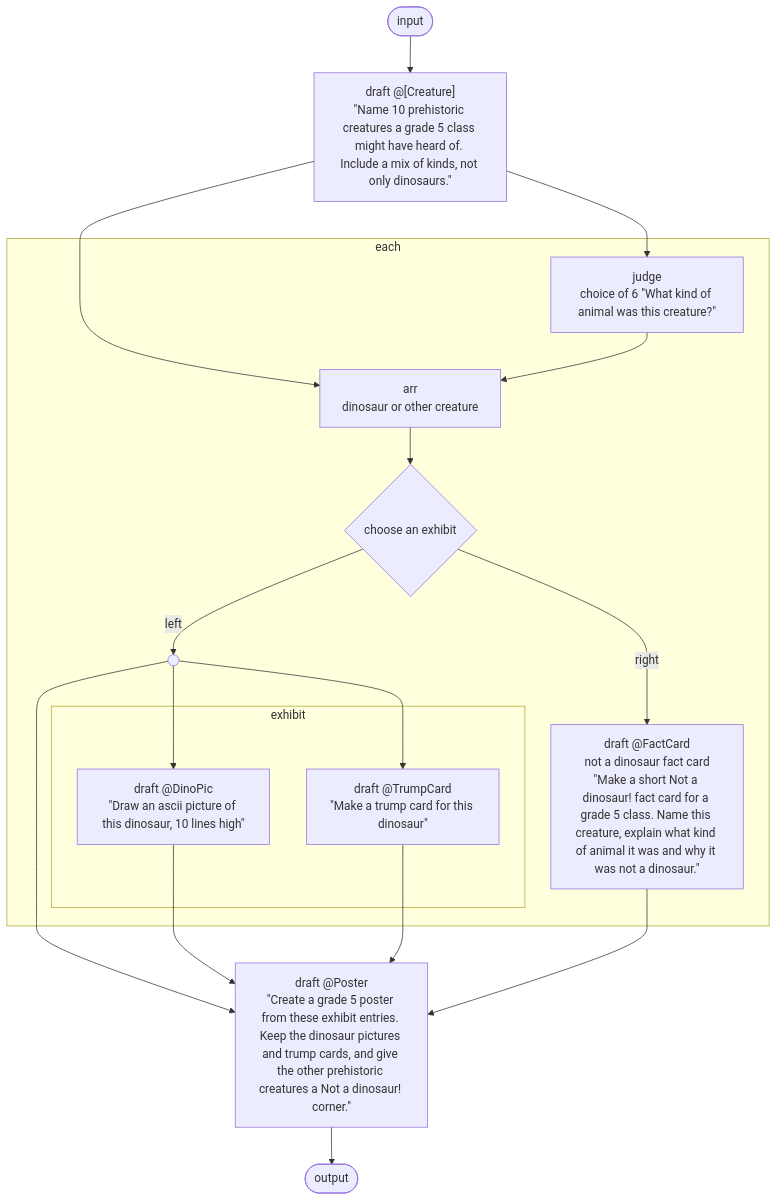
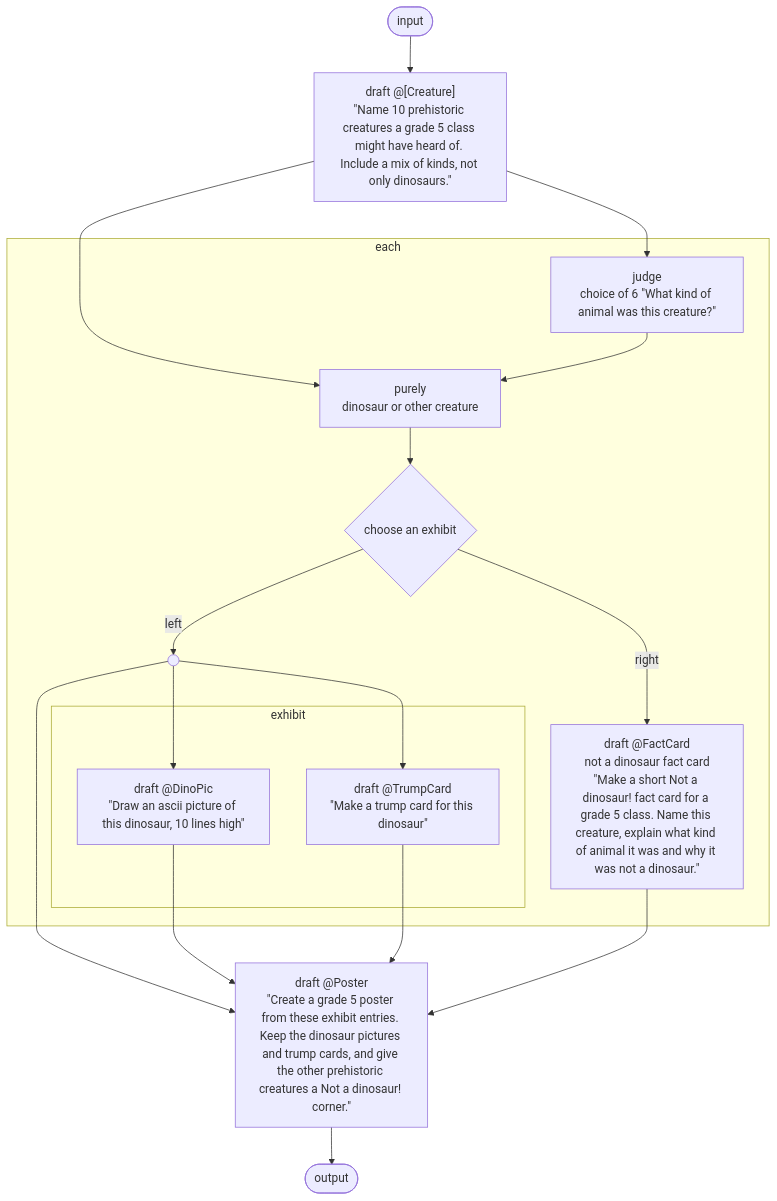
One commit to drshade/haskell-agentic changed the diagram in examples/diagrams/dino.mmd. Above: the diagram before and after it, drawn with Mermaid. The commit also changed 49 other files, not shown here.

Commit message:
Generalise repeat predicates to flows and document the calculus

```diff
--- a/examples/diagrams/dino.mmd
+++ b/examples/diagrams/dino.mmd
@@ -1,30 +1,30 @@
 flowchart TD
   input(["input"])
   n_flow_seq_0_0["draft @[Creature]<br/>#quot;Name 10 prehistoric creatures a grade 5 class might have heard of. Include a mix of kinds, not only dinosaurs.#quot;"]
   subgraph n_flow_seq_1_seq_0_0["each"]
     n_flow_seq_1_seq_0_each_seq_0_fan_1_0["judge<br/>choice of 6 #quot;What kind of animal was this creature?#quot;"]
-    n_flow_seq_1_seq_0_each_seq_1_seq_0_note_0["arr<br/>dinosaur or other creature"]
+    n_flow_seq_1_seq_0_each_seq_1_seq_0_note_0["purely<br/>dinosaur or other creature"]
     n_flow_seq_1_seq_0_each_seq_1_seq_1_note_0{"choose an exhibit"}
     entry_flow_seq_1_seq_0_each_seq_1_seq_1_note_select_0((" "))
     subgraph n_flow_seq_1_seq_0_each_seq_1_seq_1_note_choose_0_seq_0_seq_0_0["exhibit"]
       n_flow_seq_1_seq_0_each_seq_1_seq_1_note_choose_0_seq_0_seq_0_note_fan_1_fan_0_0["draft @DinoPic<br/>#quot;Draw an ascii picture of this dinosaur, 10 lines high#quot;"]
       n_flow_seq_1_seq_0_each_seq_1_seq_1_note_choose_0_seq_0_seq_0_note_fan_1_fan_1_0["draft @TrumpCard<br/>#quot;Make a trump card for this dinosaur#quot;"]
     end
     n_flow_seq_1_seq_0_each_seq_1_seq_1_note_choose_1_seq_0_note_0["draft @FactCard<br/>not a dinosaur fact card<br/>#quot;Make a short Not a dinosaur! fact card for a grade 5 class. Name this creature, explain what kind of animal it was and why it was not a dinosaur.#quot;"]
   end
   n_flow_seq_1_seq_1_seq_1_0["draft @Poster<br/>#quot;Create a grade 5 poster from these exhibit entries. Keep the dinosaur pictures and trump cards, and give the other prehistoric creatures a Not a dinosaur! corner.#quot;"]
   output(["output"])
   input --> n_flow_seq_0_0
   n_flow_seq_0_0 --> n_flow_seq_1_seq_0_each_seq_0_fan_1_0
   n_flow_seq_0_0 --> n_flow_seq_1_seq_0_each_seq_1_seq_0_note_0
   n_flow_seq_1_seq_0_each_seq_0_fan_1_0 --> n_flow_seq_1_seq_0_each_seq_1_seq_0_note_0
   n_flow_seq_1_seq_0_each_seq_1_seq_0_note_0 --> n_flow_seq_1_seq_0_each_seq_1_seq_1_note_0
   n_flow_seq_1_seq_0_each_seq_1_seq_1_note_0 -->|left| entry_flow_seq_1_seq_0_each_seq_1_seq_1_note_select_0
   entry_flow_seq_1_seq_0_each_seq_1_seq_1_note_select_0 --> n_flow_seq_1_seq_0_each_seq_1_seq_1_note_choose_0_seq_0_seq_0_note_fan_1_fan_0_0
   entry_flow_seq_1_seq_0_each_seq_1_seq_1_note_select_0 --> n_flow_seq_1_seq_0_each_seq_1_seq_1_note_choose_0_seq_0_seq_0_note_fan_1_fan_1_0
   n_flow_seq_1_seq_0_each_seq_1_seq_1_note_0 -->|right| n_flow_seq_1_seq_0_each_seq_1_seq_1_note_choose_1_seq_0_note_0
   entry_flow_seq_1_seq_0_each_seq_1_seq_1_note_select_0 --> n_flow_seq_1_seq_1_seq_1_0
   n_flow_seq_1_seq_0_each_seq_1_seq_1_note_choose_0_seq_0_seq_0_note_fan_1_fan_0_0 --> n_flow_seq_1_seq_1_seq_1_0
   n_flow_seq_1_seq_0_each_seq_1_seq_1_note_choose_0_seq_0_seq_0_note_fan_1_fan_1_0 --> n_flow_seq_1_seq_1_seq_1_0
   n_flow_seq_1_seq_0_each_seq_1_seq_1_note_choose_1_seq_0_note_0 --> n_flow_seq_1_seq_1_seq_1_0
   n_flow_seq_1_seq_1_seq_1_0 --> output
```
